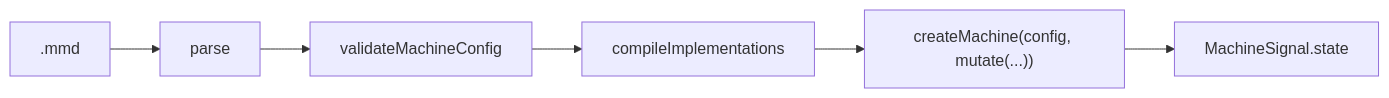
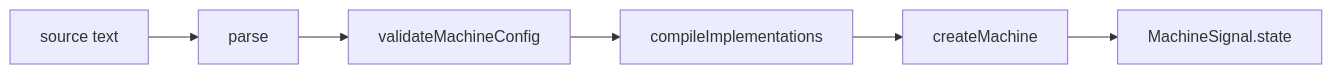
One commit to fozy-labs/statechart changed the diagram in packages/viz/README.md. Above: the diagram before and after it, drawn with Mermaid. The commit also changed other lines of this file and 5 other files, not shown here.

````diff
--- a/packages/viz/README.md
+++ b/packages/viz/README.md
@@ -164,4 +68,11 @@
 ```mermaid
 flowchart LR
-    SRC[".mmd"] --> P["parse"] --> V["validateMachineConfig"] --> C["compileImplementations"] --> M["createMachine(config, mutate(...))"] --> S["MachineSignal.state"]
+    SRC["source text"]
+    P["parse"]
+    V["validateMachineConfig"]
+    C["compileImplementations"]
+    M["createMachine"]
+    S["MachineSignal.state"]
+
+    SRC --> P --> V --> C --> M --> S
 ```
````
